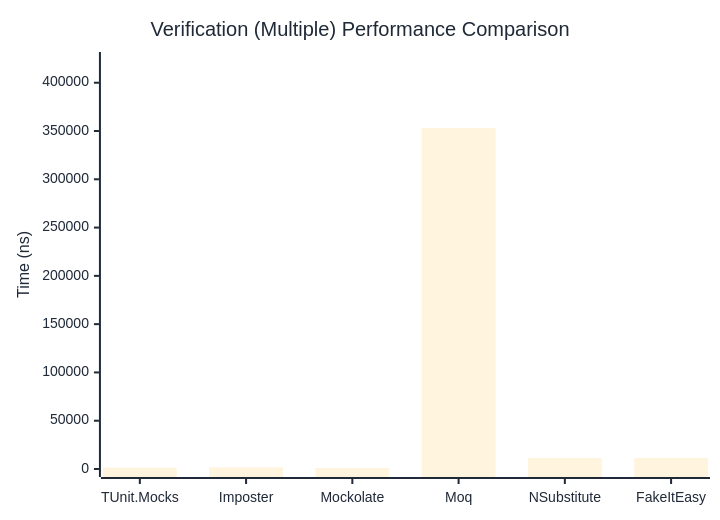
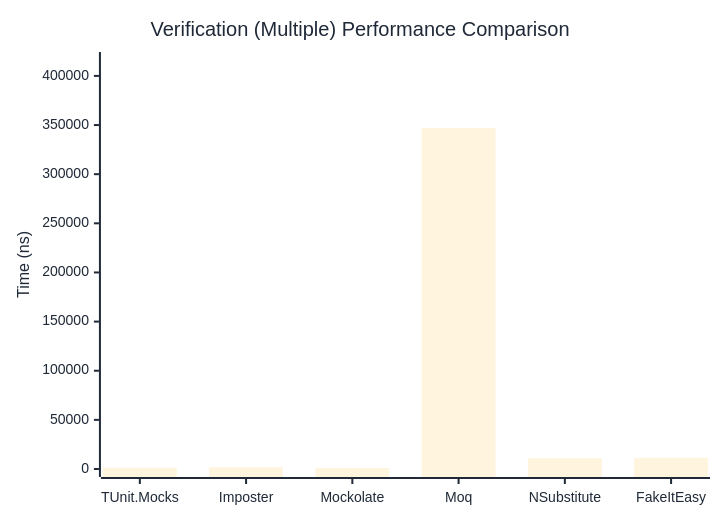
Before and after one commit to thomhurst/TUnit: the third of 3 diagrams in docs/docs/benchmarks/mocks/Verification.md, drawn with Mermaid. The commit also changed other lines of this file and 14 other files, not shown here.

````diff
--- a/docs/docs/benchmarks/mocks/Verification.md
+++ b/docs/docs/benchmarks/mocks/Verification.md
@@ -112,27 +112,27 @@
 ```mermaid
 %%{init: {
   'theme':'base',
   'themeVariables': {
     'primaryColor': '#2563eb',
     'primaryTextColor': '#1f2937',
     'primaryBorderColor': '#1e40af',
     'lineColor': '#6b7280',
     'secondaryColor': '#7c3aed',
     'tertiaryColor': '#dc2626',
     'background': '#ffffff',
     'pie1': '#2563eb',
     'pie2': '#7c3aed',
     'pie3': '#dc2626',
     'pie4': '#f59e0b',
     'pie5': '#10b981',
     'pie6': '#06b6d4',
     'pie7': '#ec4899',
     'pie8': '#6366f1'
   }
 }}%%
 xychart-beta
   title "Verification (Multiple) Performance Comparison"
   x-axis ["TUnit.Mocks", "Imposter", "Mockolate", "Moq", "NSubstitute", "FakeItEasy"]
-  y-axis "Time (ns)" 0 --> 423539
-  bar [1304.87, 1665.51, 1043.86, 352948.79, 11407.85, 11419.37]
+  y-axis "Time (ns)" 0 --> 416188
+  bar [1287.96, 1727.3, 1086.57, 346822.55, 10985.06, 11401.56]
 ```
````
